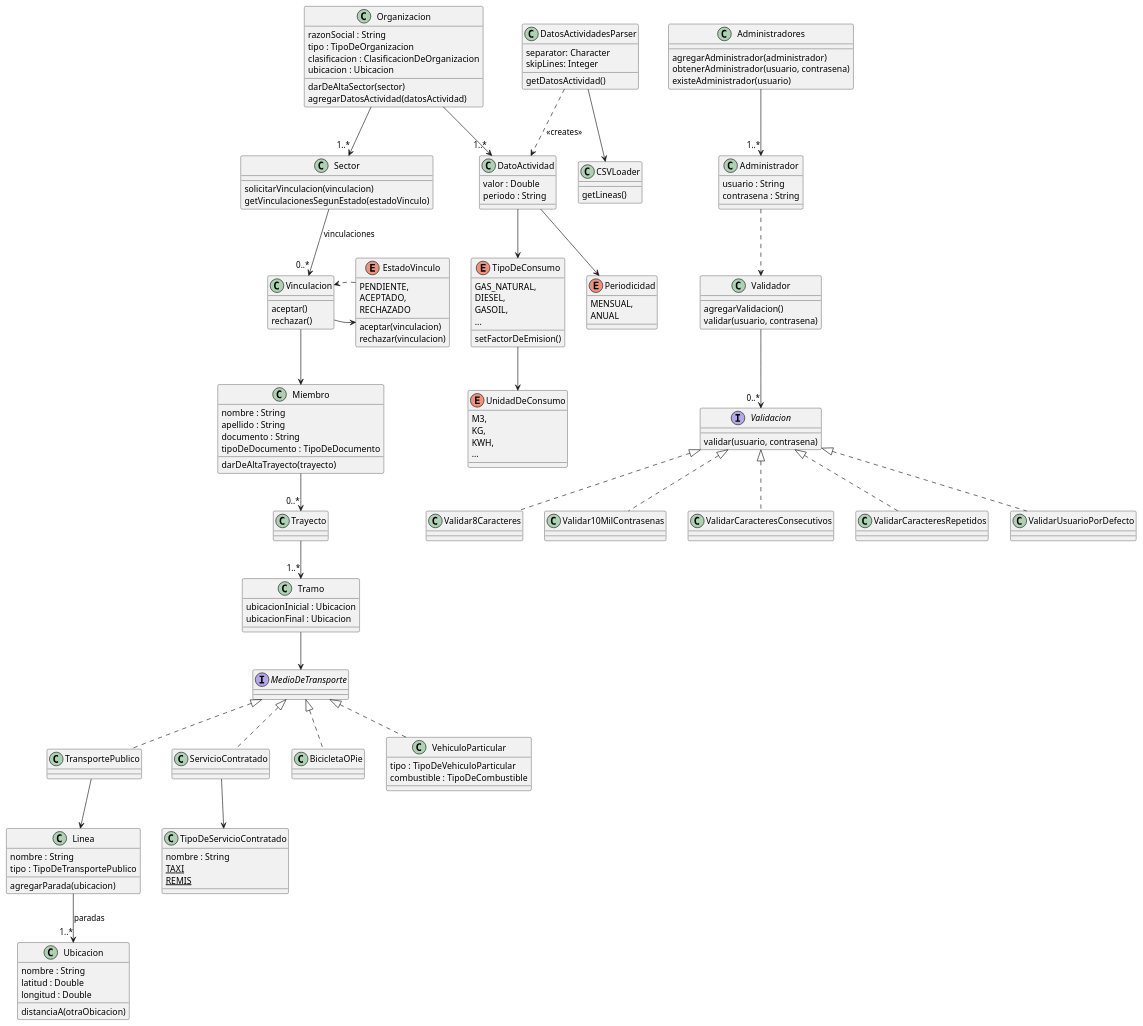
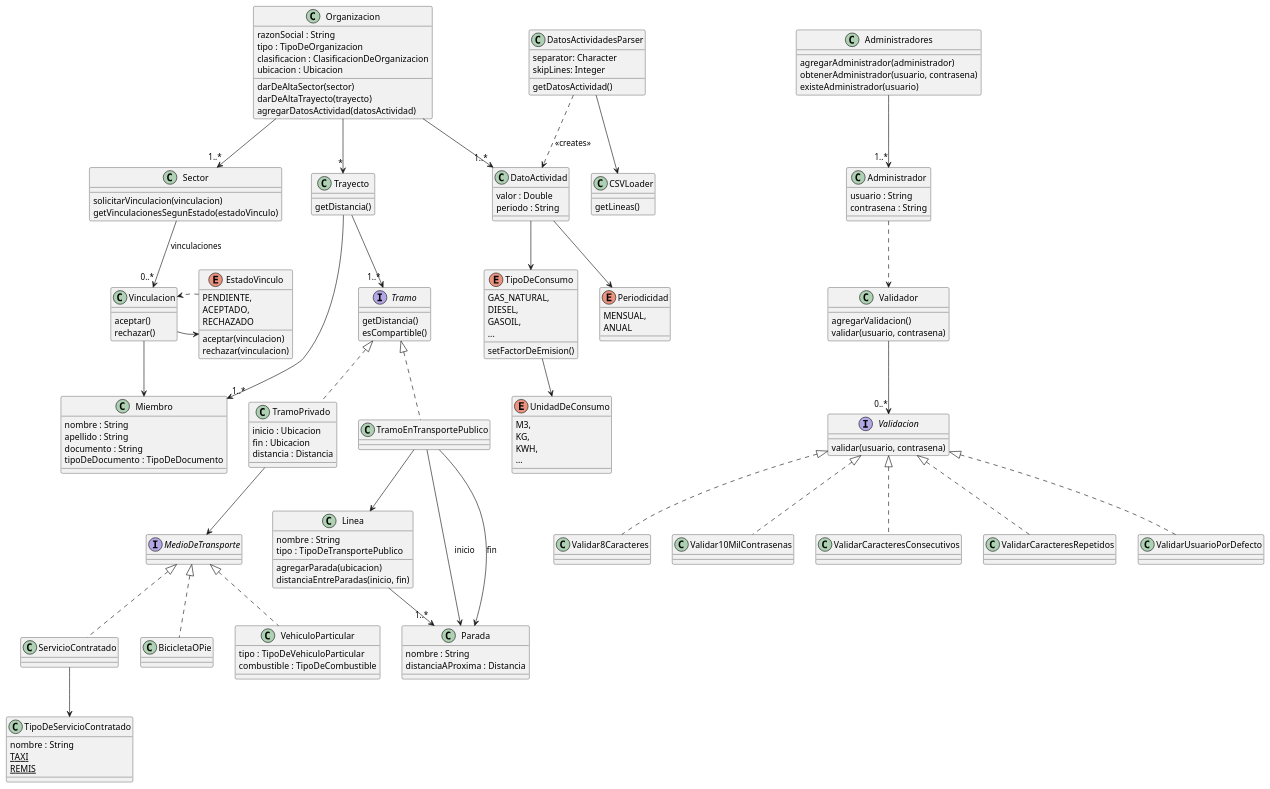
One commit to RaniAgus/dds-2022 changed the diagram in docs/tpa2/tpa2.puml. Above: the diagram before and after it, drawn with PlantUML. The commit also changed 1 other file, not shown here.

Commit message:
diagramas de trayectos

```diff
--- a/docs/tpa2/tpa2.puml
+++ b/docs/tpa2/tpa2.puml
@@ -45,29 +45,35 @@
 
 ' ======= Trayectos =======
 
-class Miembro {
+class Organizacion {
     darDeAltaTrayecto(trayecto)
 }
 
-Miembro --> "0..*" Trayecto
+Organizacion --> "*" Trayecto
 
 class Trayecto {
-
+    getDistancia()
 }
 
 Trayecto --> "1..*" Tramo
+Trayecto --> "1..*" Miembro
 
-class Tramo {
-    ubicacionInicial : Ubicacion
-    ubicacionFinal : Ubicacion
+interface Tramo {
+    getDistancia()
+    esCompartible()
 }
 
-Tramo --> MedioDeTransporte
+class TramoPrivado implements Tramo {
+    inicio : Ubicacion
+    fin : Ubicacion
+    distancia : Distancia
+}
+
+TramoPrivado --> MedioDeTransporte
 
 interface MedioDeTransporte {
 }
 
-MedioDeTransporte <|.. TransportePublico
 MedioDeTransporte <|.. ServicioContratado
 MedioDeTransporte <|.. BicicletaOPie
 MedioDeTransporte <|.. VehiculoParticular
@@ -85,21 +91,26 @@
     {static} REMIS
 }
 
-TransportePublico --> Linea
+
+class TramoEnTransportePublico implements Tramo {
+}
+
+TramoEnTransportePublico --> Linea
+TramoEnTransportePublico --> Parada : inicio
+TramoEnTransportePublico --> Parada : fin
 
 class Linea {
     nombre : String
     tipo : TipoDeTransportePublico
     agregarParada(ubicacion)
+    distanciaEntreParadas(inicio, fin)
 }
 
-Linea --> "1..*" Ubicacion : paradas
+Linea --> "1..*" Parada
 
-class Ubicacion {
+class Parada {
     nombre : String
-    latitud : Double
-    longitud : Double
-    distanciaA(otraObicacion)
+    distanciaAProxima : Distancia
 }
 
 ' ======= Admins =======
```
